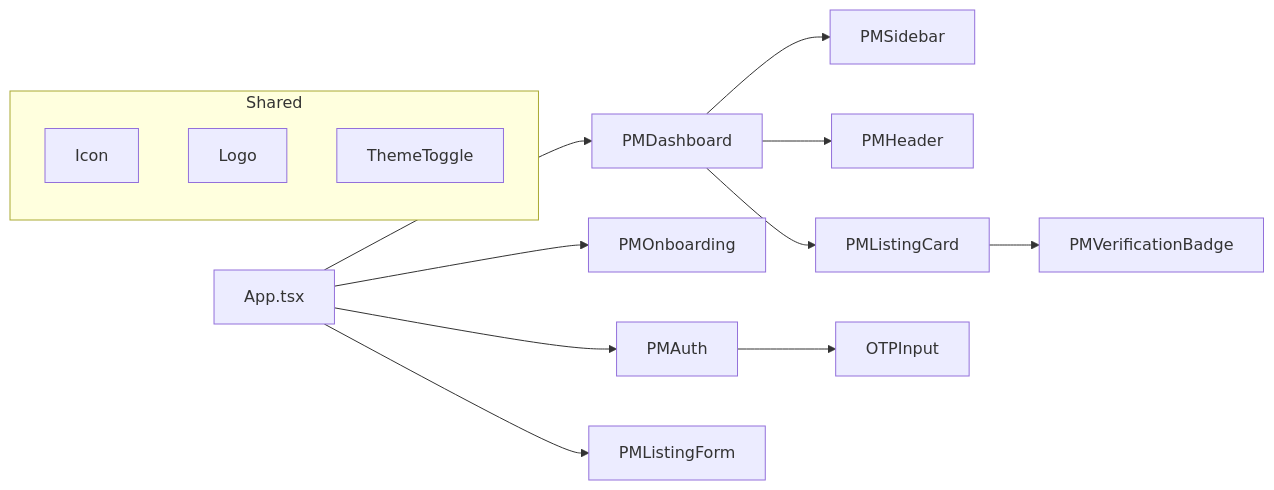
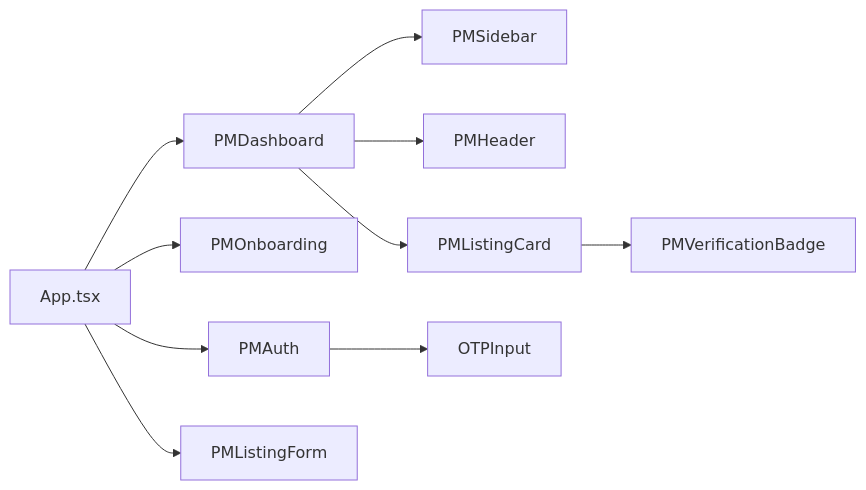
Before and after one commit to Lyanaaaaa/NgamStay: the fourth of 4 diagrams in tasks/property-marketplace/property-manager-flow/current.md, drawn with Mermaid. The commit also changed other lines of this file and 6 other files, not shown here.

````diff
--- a/tasks/property-marketplace/property-manager-flow/current.md
+++ b/tasks/property-marketplace/property-manager-flow/current.md
@@ -181,17 +113,12 @@
 ```mermaid
 graph LR
     A[App.tsx] --> B[PMAuth]
     A --> C[PMOnboarding]
     A --> D[PMDashboard]
     D --> E[PMSidebar]
     D --> F[PMHeader]
     D --> G[PMListingCard]
     A --> H[PMListingForm]
     G --> I[PMVerificationBadge]
     B --> J[OTPInput]
-    subgraph Shared
-        K[Icon]
-        L[Logo]
-        M[ThemeToggle]
-    end
 ```
````
